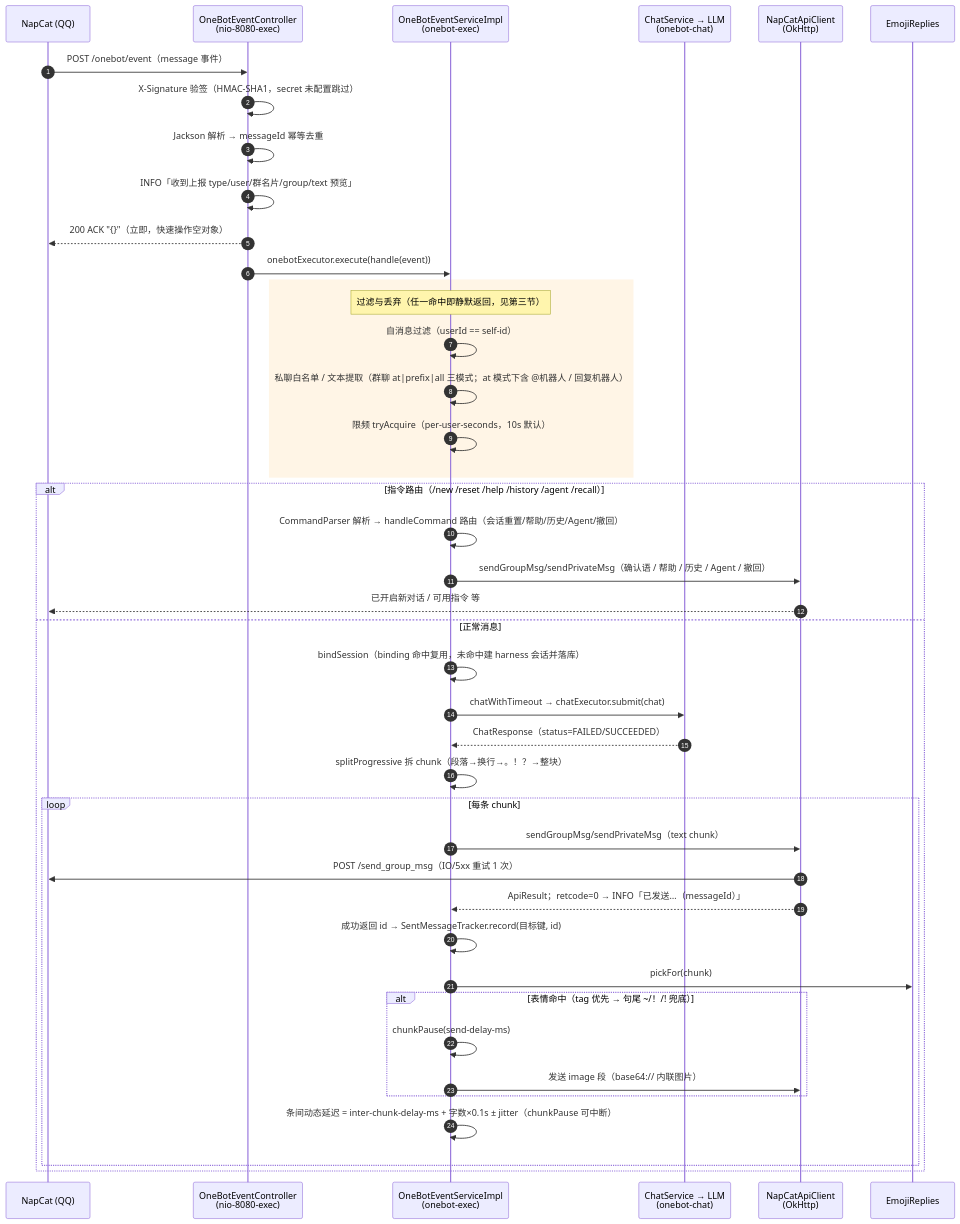
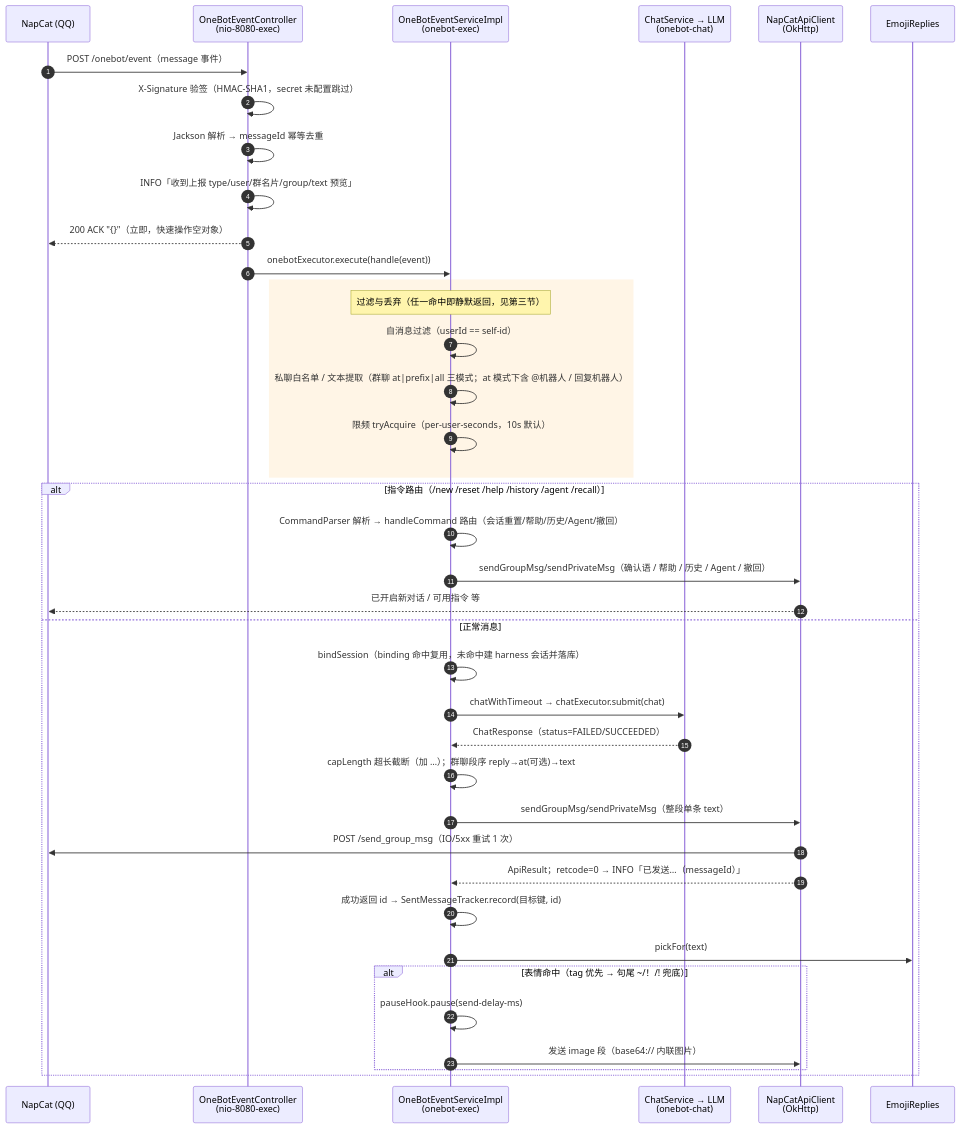
One commit to cxknotjj/Deerfect_harness changed the diagram in server/src/main/java/com/dark/javaHarness/channel/data-flow.md. Above: the diagram before and after it, drawn with Mermaid. The commit also changed other lines of this file and 5 other files, not shown here.

````diff
--- a/server/src/main/java/com/dark/javaHarness/channel/data-flow.md
+++ b/server/src/main/java/com/dark/javaHarness/channel/data-flow.md
@@ -17,47 +17,44 @@
 ```mermaid
 sequenceDiagram
     autonumber
     participant N as NapCat (QQ)
     participant C as OneBotEventController<br/>(nio-8080-exec)
     participant S as OneBotEventServiceImpl<br/>(onebot-exec)
     participant CH as ChatService → LLM<br/>(onebot-chat)
     participant A as NapCatApiClient<br/>(OkHttp)
     participant E as EmojiReplies
 
     N->>C: POST /onebot/event（message 事件）
     C->>C: X-Signature 验签（HMAC-SHA1，secret 未配置跳过）
     C->>C: Jackson 解析 → messageId 幂等去重
     C->>C: INFO「收到上报 type/user/群名片/group/text 预览」
     C-->>N: 200 ACK "{}"（立即，快速操作空对象）
     C->>S: onebotExecutor.execute(handle(event))
 
     rect rgb(255, 245, 230)
         note over S: 过滤与丢弃（任一命中即静默返回，见第三节）
         S->>S: 自消息过滤（userId == self-id）
         S->>S: 私聊白名单 / 文本提取（群聊 at|prefix|all 三模式；at 模式下含 @机器人 / 回复机器人）
         S->>S: 限频 tryAcquire（per-user-seconds，10s 默认）
     end
 
     alt 指令路由（/new /reset /help /history /agent /recall）
         S->>S: CommandParser 解析 → handleCommand 路由（会话重置/帮助/历史/Agent/撤回）
         S->>A: sendGroupMsg/sendPrivateMsg（确认语 / 帮助 / 历史 / Agent / 撤回）
         A-->>N: 已开启新对话 / 可用指令 等
     else 正常消息
         S->>S: bindSession（binding 命中复用，未命中建 harness 会话并落库）
         S->>CH: chatWithTimeout → chatExecutor.submit(chat)
         CH-->>S: ChatResponse（status=FAILED/SUCCEEDED）
-        S->>S: splitProgressive 拆 chunk（段落→换行→。！？→整块）
-        loop 每条 chunk
-            S->>A: sendGroupMsg/sendPrivateMsg（text chunk）
-            A->>N: POST /send_group_msg（IO/5xx 重试 1 次）
-            A-->>S: ApiResult；retcode=0 → INFO「已发送…（messageId）」
-            S->>S: 成功返回 id → SentMessageTracker.record(目标键, id)
-            S->>E: pickFor(chunk)
-            alt 表情命中（tag 优先 → 句尾 ~/！/! 兜底）
-                S->>S: chunkPause(send-delay-ms)
-                S->>A: 发送 image 段（base64:// 内联图片）
-            end
-            S->>S: 条间动态延迟 = inter-chunk-delay-ms + 字数×0.1s ± jitter（chunkPause 可中断）
+        S->>S: capLength 超长截断（加 …）；群聊段序 reply→at(可选)→text
+        S->>A: sendGroupMsg/sendPrivateMsg（整段单条 text）
+        A->>N: POST /send_group_msg（IO/5xx 重试 1 次）
+        A-->>S: ApiResult；retcode=0 → INFO「已发送…（messageId）」
+        S->>S: 成功返回 id → SentMessageTracker.record(目标键, id)
+        S->>E: pickFor(text)
+        alt 表情命中（tag 优先 → 句尾 ~/！/! 兜底）
+            S->>S: pauseHook.pause(send-delay-ms)
+            S->>A: 发送 image 段（base64:// 内联图片）
         end
     end
 ```
````
